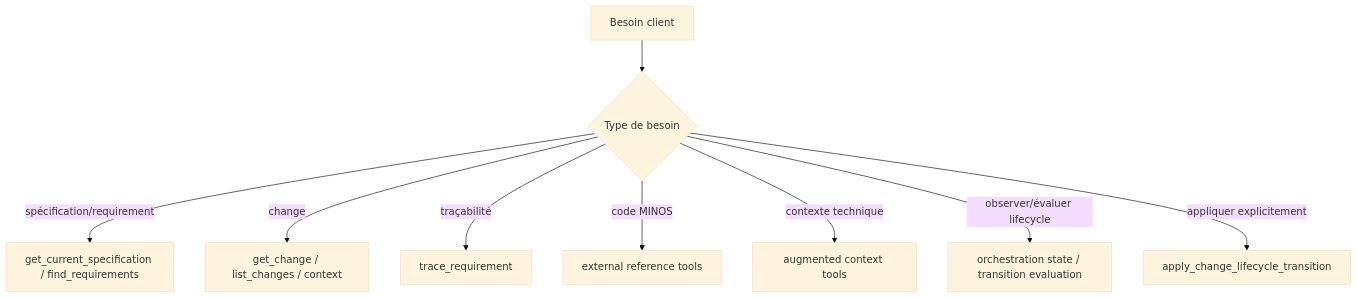
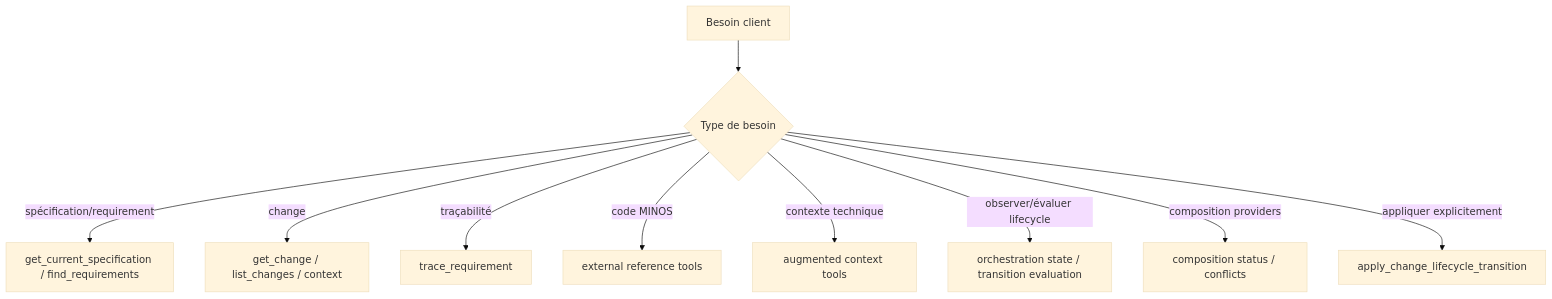
The third of 3 diagrams in docs/developer/MCP.md (FTurleque/morpheus-engine), drawn with Mermaid (base theme) before and after one commit. The commit also changed other lines of this file, not shown here.

Commit message:
docs(mcp): document M18 composition tools

````diff
--- a/docs/developer/MCP.md
+++ b/docs/developer/MCP.md
@@ -204,11 +259,12 @@
 ```mermaid
 flowchart TD
     Q[Besoin client] --> T{Type de besoin}
     T -->|spécification/requirement| S[get_current_specification / find_requirements]
     T -->|change| C[get_change / list_changes / context]
     T -->|traçabilité| R[trace_requirement]
     T -->|code MINOS| M[external reference tools]
     T -->|contexte technique| N[augmented context tools]
     T -->|observer/évaluer lifecycle| O[orchestration state / transition evaluation]
+    T -->|composition providers| P[composition status / conflicts]
     T -->|appliquer explicitement| W[apply_change_lifecycle_transition]
 ```
````
